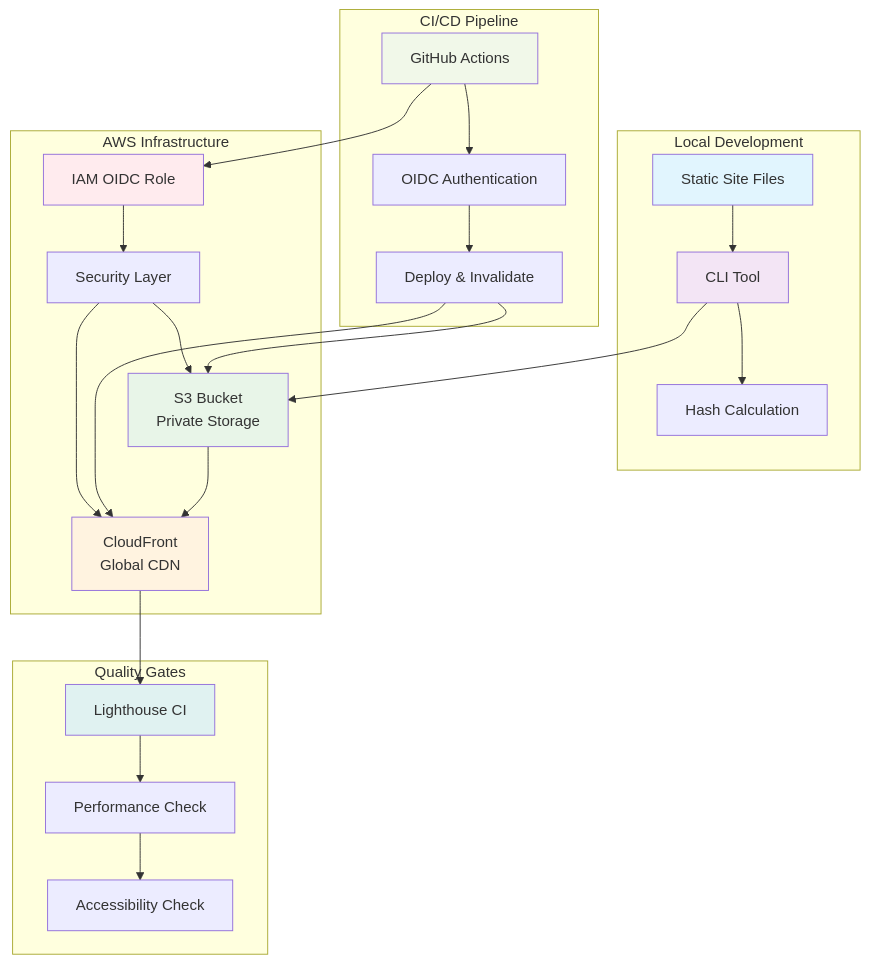
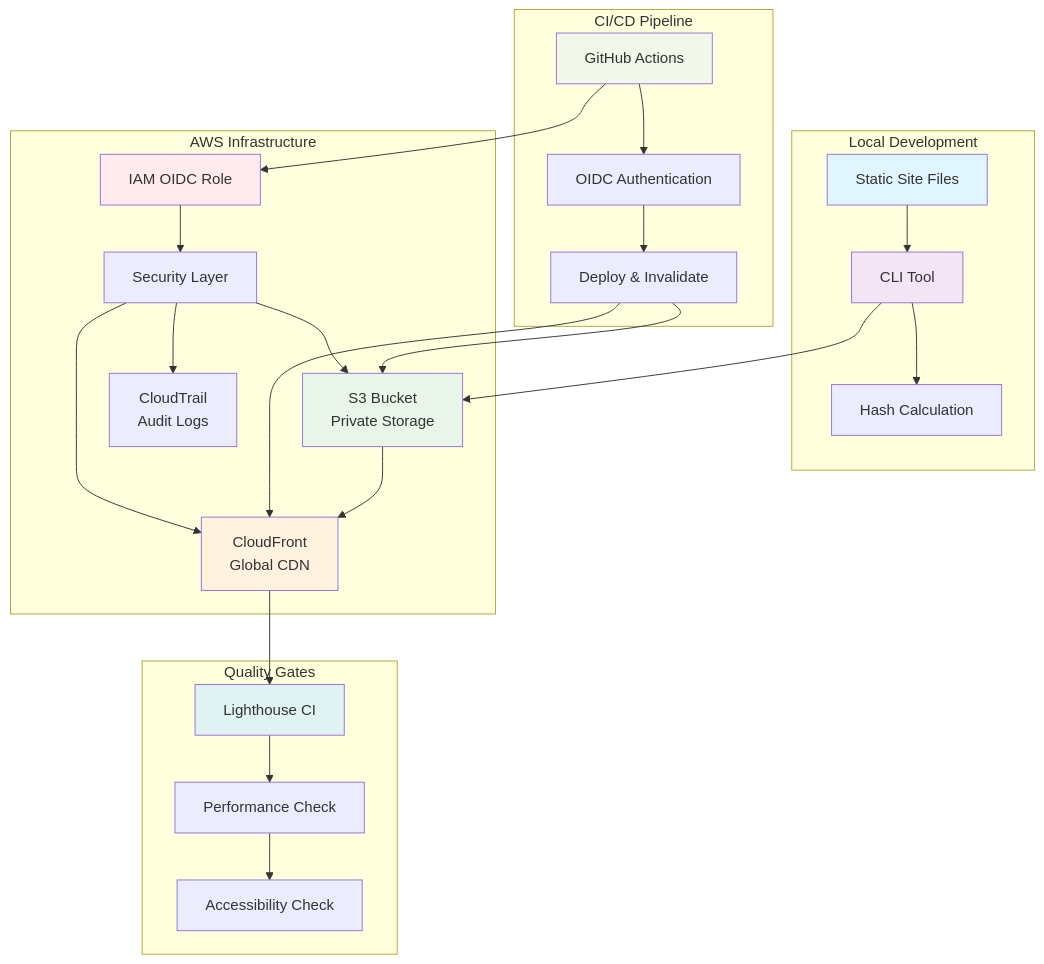
Before and after one commit to RyanPatty/DevOps: the first of 6 diagrams in README.md, drawn with Mermaid. The commit also changed other lines of this file, not shown here.

````diff
--- a/README.md
+++ b/README.md
@@ -73,38 +97,40 @@
 ```mermaid
 graph TB
     subgraph "Local Development"
         A[Static Site Files] --> B[CLI Tool]
         B --> C[Hash Calculation]
     end
     
     subgraph "AWS Infrastructure"
         D[S3 Bucket<br/>Private Storage] --> E[CloudFront<br/>Global CDN]
         F[IAM OIDC Role] --> G[Security Layer]
+        H[CloudTrail<br/>Audit Logs]
     end
     
     subgraph "CI/CD Pipeline"
-        H[GitHub Actions] --> I[OIDC Authentication]
-        I --> J[Deploy & Invalidate]
+        I[GitHub Actions] --> J[OIDC Authentication]
+        J --> K[Deploy & Invalidate]
     end
     
     subgraph "Quality Gates"
-        K[Lighthouse CI] --> L[Performance Check]
-        L --> M[Accessibility Check]
+        L[Lighthouse CI] --> M[Performance Check]
+        M --> N[Accessibility Check]
     end
     
     B --> D
-    J --> D
-    J --> E
-    E --> K
-    H --> F
+    K --> D
+    K --> E
+    E --> L
+    I --> F
     G --> D
     G --> E
+    G --> H
     
     style A fill:#e1f5fe
     style B fill:#f3e5f5
     style D fill:#e8f5e8
     style E fill:#fff3e0
     style F fill:#ffebee
-    style H fill:#f1f8e9
-    style K fill:#e0f2f1
+    style I fill:#f1f8e9
+    style L fill:#e0f2f1
 ```
````
